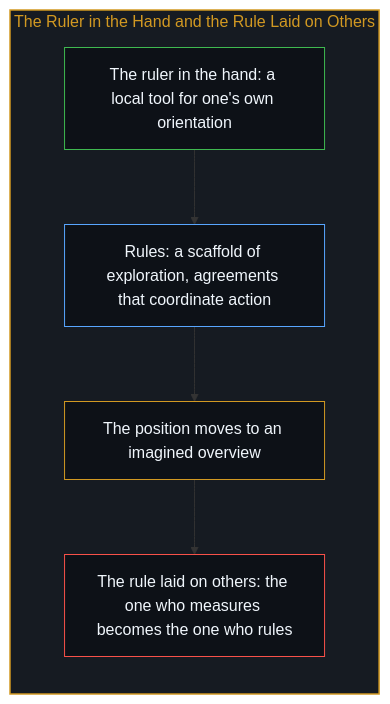
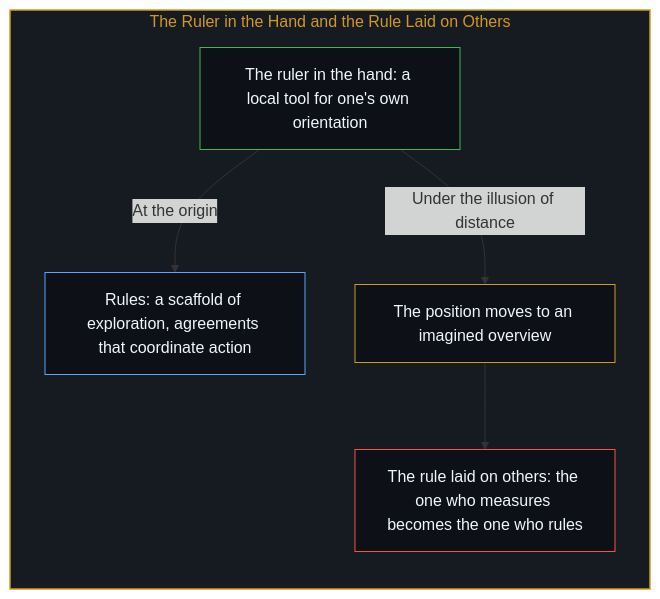
One commit to powerpig99/not-a-toe changed the fourth of 12 diagrams in content/posts/the-illusion-of-distance-and-the-dual-ruler.md. Above: the diagram before and after it, drawn with Mermaid. The commit also changed other lines of this file and 1 other file, not shown here.

Commit message:
Consolidate Deep Sleep Batch 7: the-illusion-of-distance-and-the-dual-ruler

````diff
--- a/content/posts/the-illusion-of-distance-and-the-dual-ruler.md
+++ b/content/posts/the-illusion-of-distance-and-the-dual-ruler.md
@@ -104,18 +104,18 @@
 ```mermaid
 flowchart TD
     subgraph S_Ruler["The Ruler in the Hand and the Rule Laid on Others"]
         direction TB
         Hand["The ruler in the hand: a local tool for one's own orientation"]
         Use["Rules: a scaffold of exploration, agreements that coordinate action"]
         Shift["The position moves to an imagined overview"]
         Rule["The rule laid on others: the one who measures becomes the one who rules"]
-        Hand --> Use
-        Use --> Shift
+        Hand -->|"At the origin"| Use
+        Hand -->|"Under the illusion of distance"| Shift
         Shift --> Rule
     end
     style S_Ruler fill:#161b22,stroke:#d29922,stroke-width:1.5px,color:#d29922
     style Hand fill:#0d1117,stroke:#3fb950,stroke-width:1px,color:#f0f6fc
     style Use fill:#0d1117,stroke:#58a6ff,stroke-width:1px,color:#f0f6fc
     style Shift fill:#0d1117,stroke:#d29922,stroke-width:1px,color:#f0f6fc
     style Rule fill:#0d1117,stroke:#f85149,stroke-width:1px,color:#f0f6fc
 ```
````
